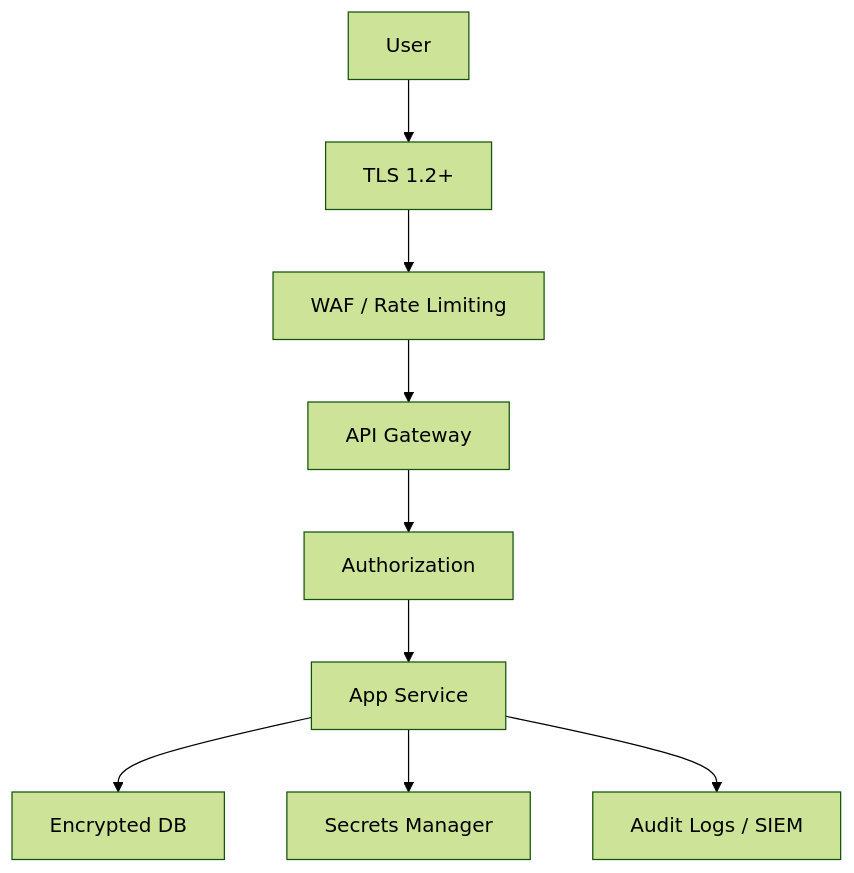
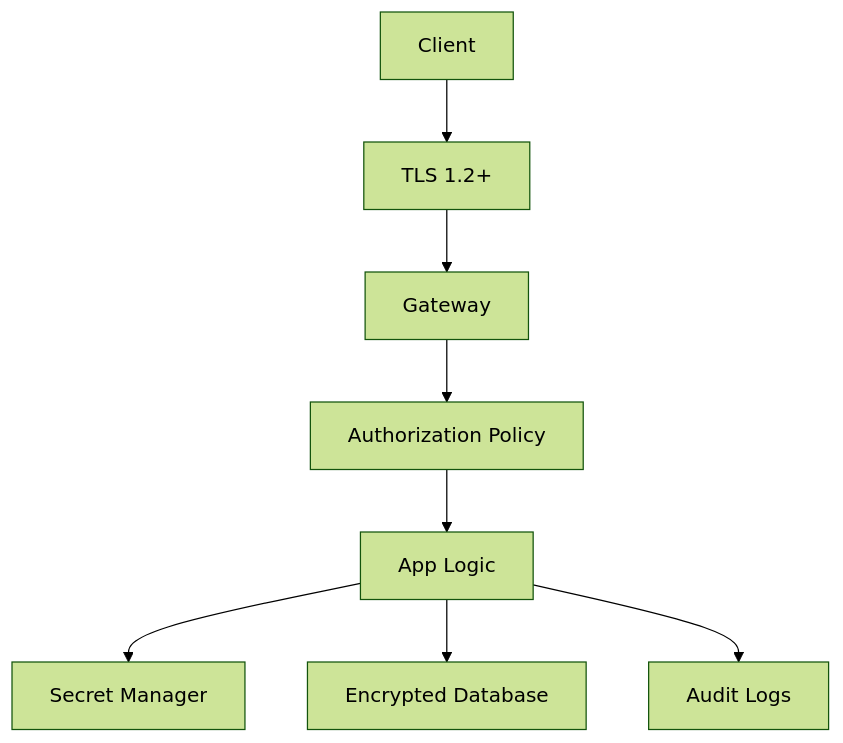
One commit to quesiblaq442-del/architecture-diagram changed the sixth of 25 diagrams in ARCHITECTURE.md. Above: the diagram before and after it, drawn with Mermaid (forest theme). The commit also changed other lines of this file, not shown here.

````diff
--- a/ARCHITECTURE.md
+++ b/ARCHITECTURE.md
@@ -143,11 +154,10 @@
 ```mermaid
 graph TB
-    User["User"] --> TLS["TLS 1.2+"]
-    TLS --> WAF["WAF / Rate Limiting"]
-    WAF --> Gateway["API Gateway"]
-    Gateway --> AuthZ["Authorization"]
-    AuthZ --> App["App Service"]
-    App --> DB["Encrypted DB"]
-    App --> Secrets["Secrets Manager"]
-    App --> Logs["Audit Logs / SIEM"]
+    Client["Client"] --> TLS["TLS 1.2+"]
+    TLS --> Gateway["Gateway"]
+    Gateway --> Policy["Authorization Policy"]
+    Policy --> App["App Logic"]
+    App --> Secrets["Secret Manager"]
+    App --> DB["Encrypted Database"]
+    App --> Logs["Audit Logs"]
 ```
````
